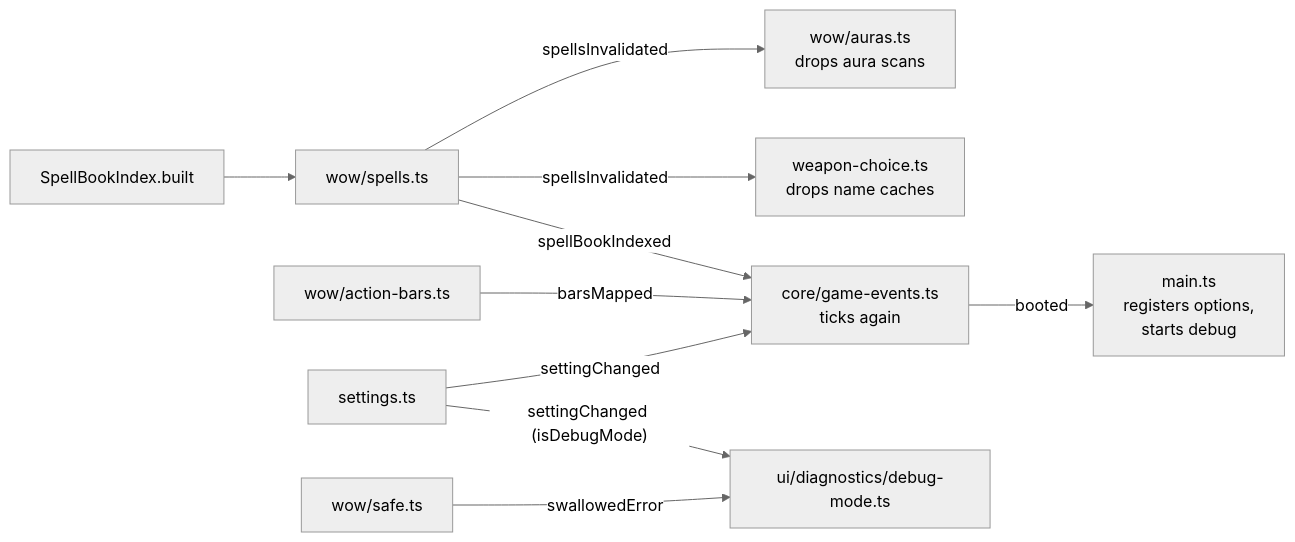
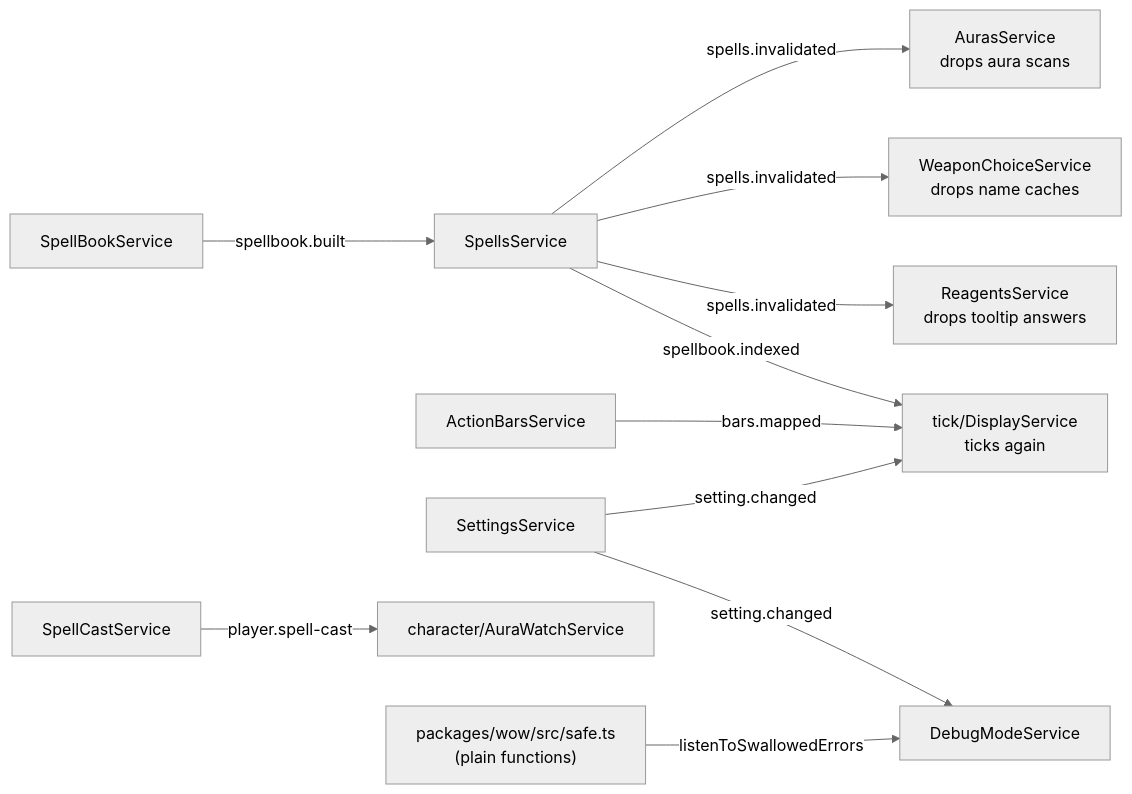
One commit to vattiss/wowkit changed the fourth of 5 diagrams in docs/architecture.md. Above: the diagram before and after it, drawn with Mermaid (neutral theme). The commit also changed other lines of this file and 267 other files, not shown here.

````diff
--- a/docs/architecture.md
+++ b/docs/architecture.md
@@ -118,12 +285,13 @@
 ```mermaid
 flowchart LR
-    spellbook["SpellBookIndex.built"] --> spells["wow/spells.ts"]
-    spells -- "spellsInvalidated" --> auras["wow/auras.ts<br/>drops aura scans"]
-    spells -- "spellsInvalidated" --> weaponChoice["weapon-choice.ts<br/>drops name caches"]
-    spells -- "spellBookIndexed" --> events["core/game-events.ts<br/>ticks again"]
-    actionBars["wow/action-bars.ts"] -- "barsMapped" --> events
-    settings["settings.ts"] -- "settingChanged" --> events
-    settings -- "settingChanged (isDebugMode)" --> diagnostics["ui/diagnostics/debug-mode.ts"]
-    safe["wow/safe.ts"] -- "swallowedError" --> diagnostics
-    events -- "booted" --> main["main.ts<br/>registers options,<br/>starts debug"]
+    spellbook["SpellBookService"] -- "spellbook.built" --> spells["SpellsService"]
+    spells -- "spells.invalidated" --> auras["AurasService<br/>drops aura scans"]
+    spells -- "spells.invalidated" --> weaponChoice["WeaponChoiceService<br/>drops name caches"]
+    spells -- "spells.invalidated" --> reagents["ReagentsService<br/>drops tooltip answers"]
+    spells -- "spellbook.indexed" --> display["tick/DisplayService<br/>ticks again"]
+    actionBars["ActionBarsService"] -- "bars.mapped" --> display
+    settings["SettingsService"] -- "setting.changed" --> display
+    settings -- "setting.changed" --> debug["DebugModeService"]
+    cast["SpellCastService"] -- "player.spell-cast" --> watch["character/AuraWatchService"]
+    safe["packages/wow/src/safe.ts<br/>(plain functions)"] -- "listenToSwallowedErrors" --> debug
 ```
````
